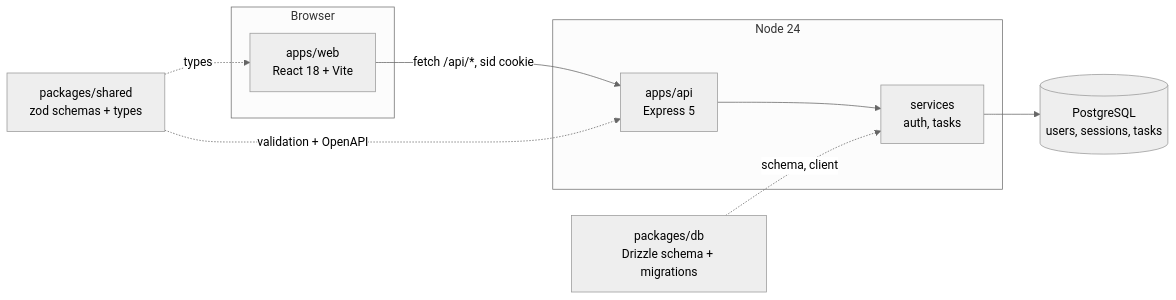
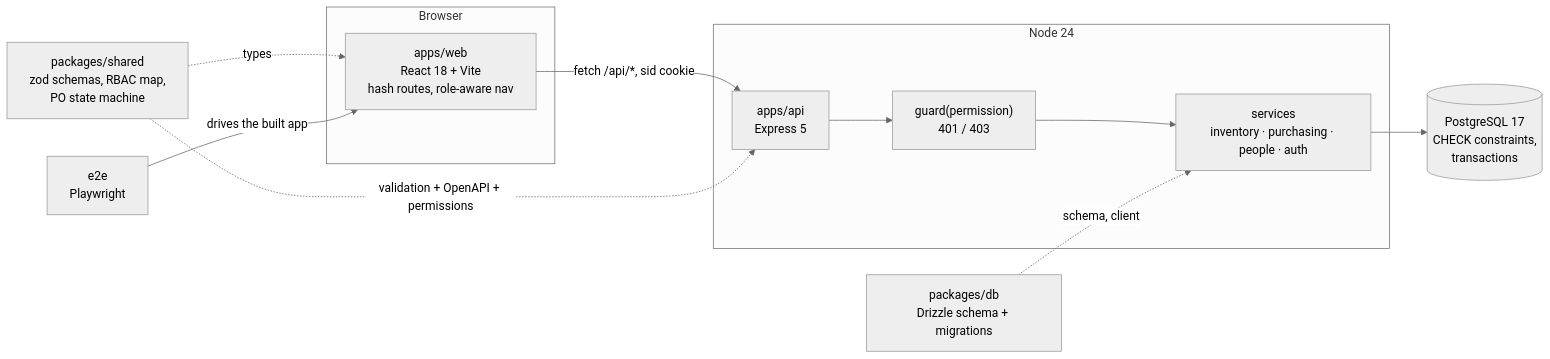
The first of 2 diagrams in README.md (dc-tech-inc/warehouse-inventory-platform), drawn with Mermaid (neutral theme) before and after one commit. The commit also changed other lines of this file and 8 other files, not shown here.

````diff
--- a/README.md
+++ b/README.md
@@ -20,19 +60,22 @@
 ```mermaid
 flowchart LR
   subgraph browser[Browser]
-    web["apps/web<br/>React 18 + Vite"]
+    web["apps/web<br/>React 18 + Vite<br/>hash routes, role-aware nav"]
   end
   subgraph server[Node 24]
     api["apps/api<br/>Express 5"]
-    svc["services<br/>auth, tasks"]
+    rbac["guard(permission)<br/>401 / 403"]
+    svc["services<br/>inventory · purchasing · people · auth"]
   end
-  db[("PostgreSQL<br/>users, sessions, tasks")]
-  shared["packages/shared<br/>zod schemas + types"]
+  db[("PostgreSQL 17<br/>CHECK constraints,<br/>transactions")]
+  shared["packages/shared<br/>zod schemas, RBAC map,<br/>PO state machine"]
   dbpkg["packages/db<br/>Drizzle schema + migrations"]
+  e2e["e2e<br/>Playwright"]
 
   web -- "fetch /api/*, sid cookie" --> api
-  api --> svc --> db
+  api --> rbac --> svc --> db
   shared -. types .-> web
-  shared -. validation + OpenAPI .-> api
+  shared -. validation + OpenAPI + permissions .-> api
   dbpkg -. schema, client .-> svc
+  e2e -- "drives the built app" --> web
 ```
````
